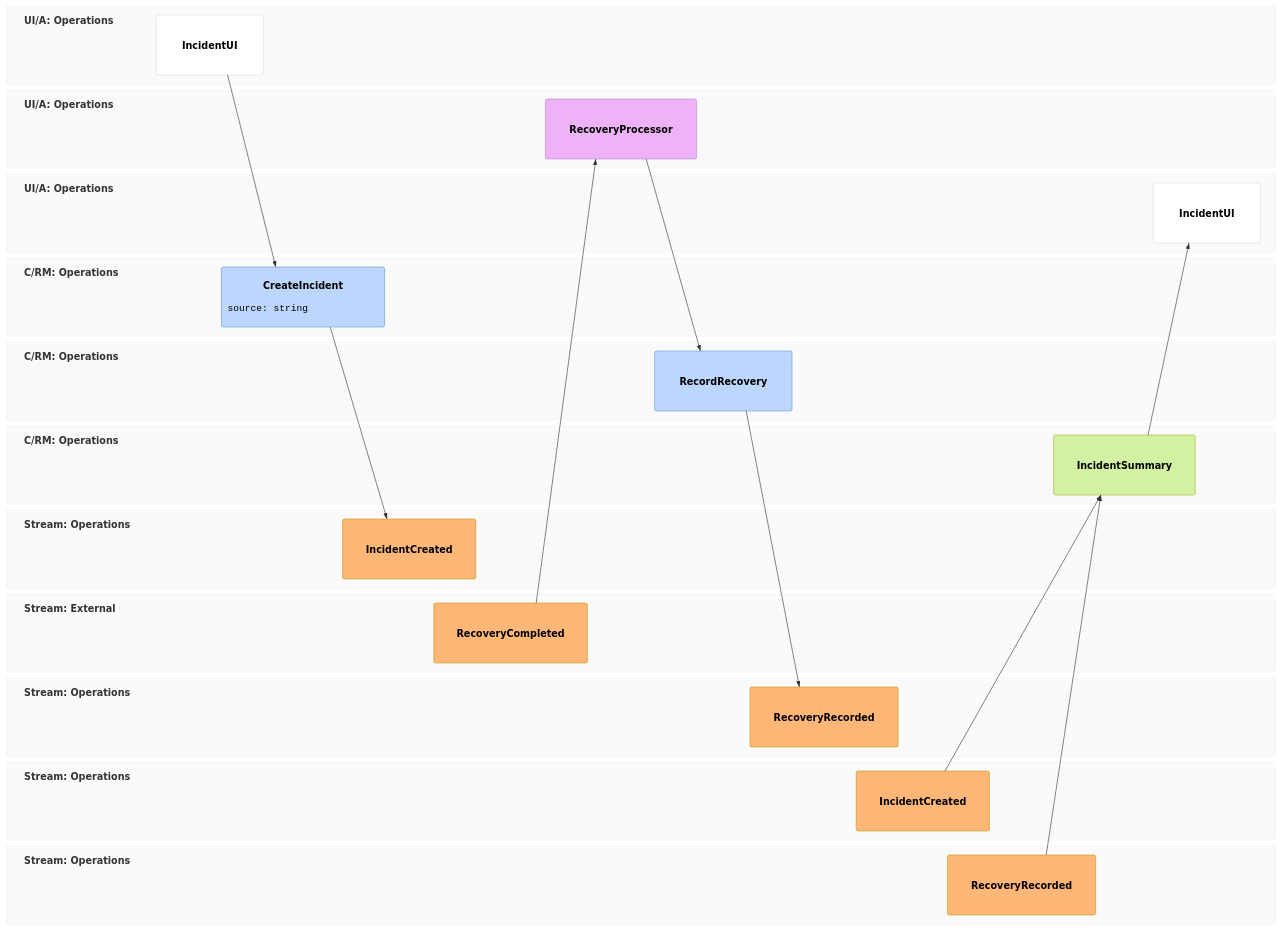
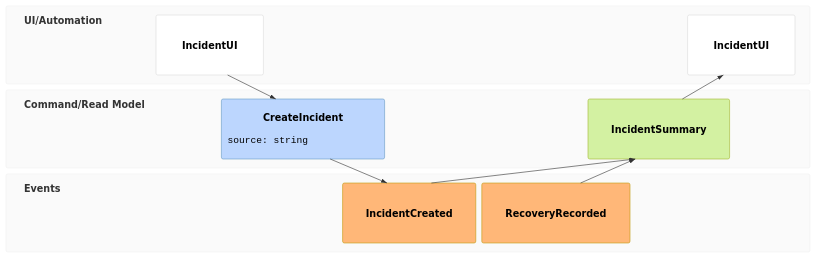
One commit to mols3131d/mols-agent-assets changed the second of 2 diagrams in src/rulesync/.rulesync/skills/mols-mermaid-diagram/references/examples/event-modeling.md. Above: the diagram before and after it, drawn with Mermaid. The commit also changed other lines of this file, not shown here.

Commit message:
docs(mermaid): deepen event modeling inference guidance

````diff
--- a/src/rulesync/.rulesync/skills/mols-mermaid-diagram/references/examples/event-modeling.md
+++ b/src/rulesync/.rulesync/skills/mols-mermaid-diagram/references/examples/event-modeling.md
@@ -18,16 +42,10 @@
 ```mermaid
 eventmodeling
-    tf 01 ui Operations.IncidentUI
-    tf 02 cmd Operations.CreateIncident { source: string }
-    tf 03 evt Operations.IncidentCreated
+    tf 01 ui IncidentUI
+    tf 02 cmd CreateIncident { source: string }
+    tf 03 evt IncidentCreated
 
-    rf 04 evt External.RecoveryCompleted
-    tf 05 pcr Operations.RecoveryProcessor
-    tf 06 cmd Operations.RecordRecovery
-    tf 07 evt Operations.RecoveryRecorded
-
-    rf 08 evt Operations.IncidentCreated
-    rf 09 evt Operations.RecoveryRecorded
-    tf 10 rmo Operations.IncidentSummary ->> 08 ->> 09
-    tf 11 ui Operations.IncidentUI
+    rf 04 evt RecoveryRecorded
+    tf 05 rmo IncidentSummary ->> 03 ->> 04
+    tf 06 ui IncidentUI ->> 05
 ```
````
